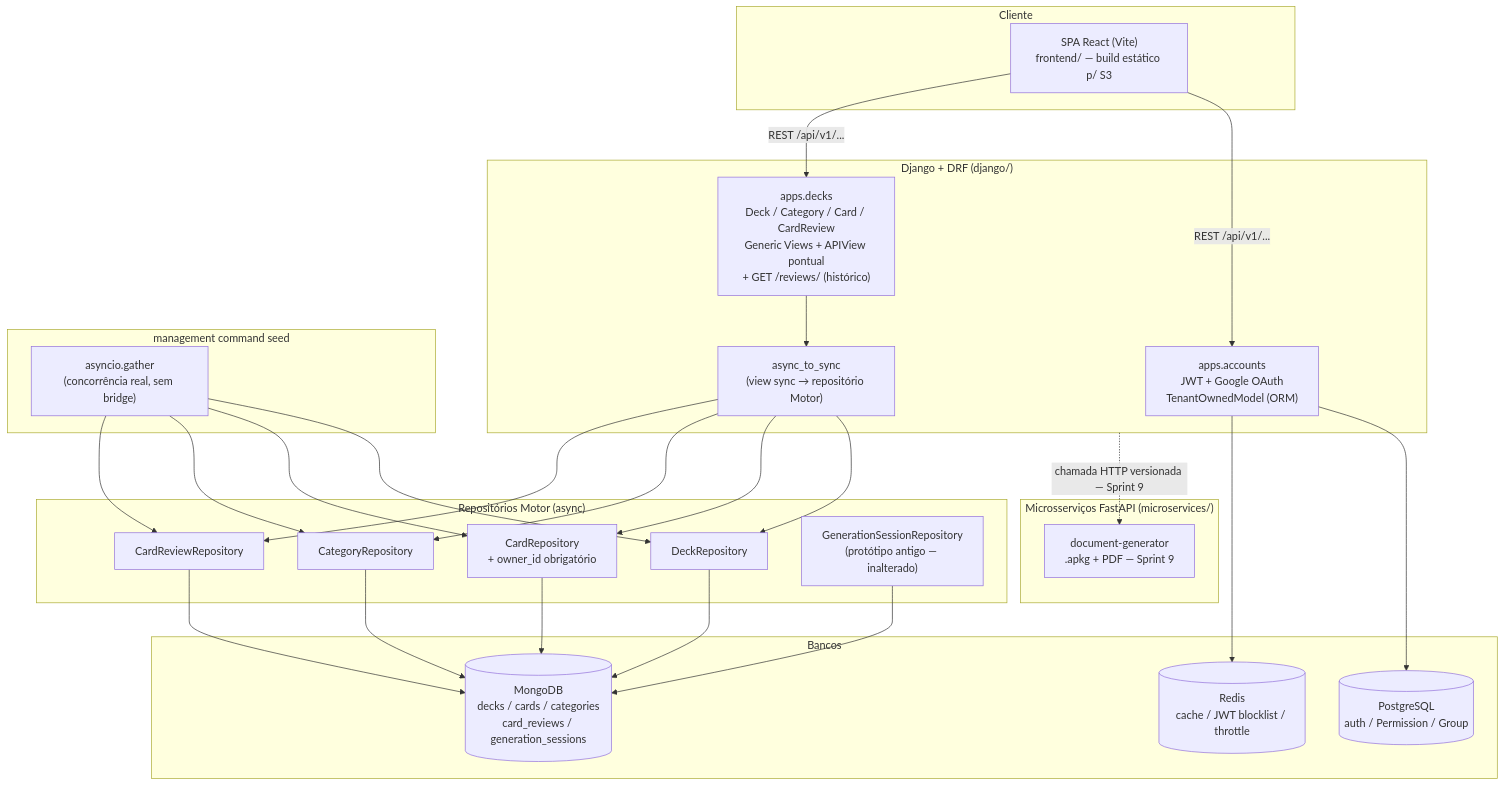
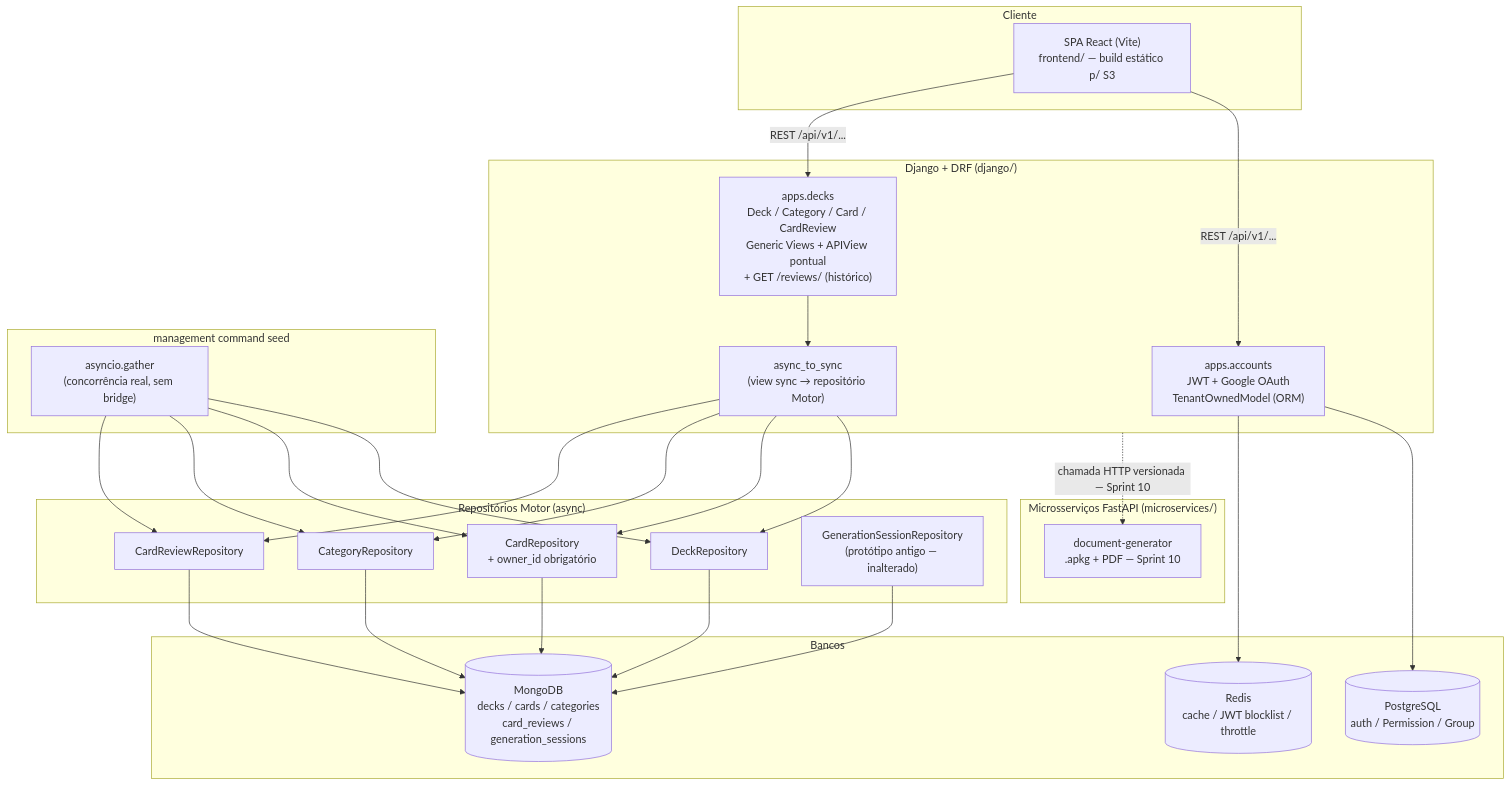
The diagram in README.md (WillamesCampos/anki_generator), drawn with Mermaid before and after one commit. The commit also changed other lines of this file and 19 other files, not shown here.

````diff
--- a/README.md
+++ b/README.md
@@ -22,44 +22,44 @@
 ```mermaid
 flowchart TB
     subgraph Client["Cliente"]
         SPA["SPA React (Vite)\nfrontend/ — build estático p/ S3"]
     end
 
     subgraph DjangoApp["Django + DRF (django/)"]
         Auth["apps.accounts\nJWT + Google OAuth\nTenantOwnedModel (ORM)"]
         Decks["apps.decks\nDeck / Category / Card / CardReview\nGeneric Views + APIView pontual\n+ GET /reviews/ (histórico)"]
         Bridge["async_to_sync\n(view sync → repositório Motor)"]
     end
 
     subgraph Repos["Repositórios Motor (async)"]
         DeckRepo["DeckRepository"]
         CardRepo["CardRepository\n+ owner_id obrigatório"]
         CategoryRepo["CategoryRepository"]
         ReviewRepo["CardReviewRepository"]
         GenRepo["GenerationSessionRepository\n(protótipo antigo — inalterado)"]
     end
 
     subgraph Seed["management command seed"]
         SeedCmd["asyncio.gather\n(concorrência real, sem bridge)"]
     end
 
     subgraph Data["Bancos"]
         PG[("PostgreSQL\nauth / Permission / Group")]
         Mongo[("MongoDB\ndecks / cards / categories\ncard_reviews / generation_sessions")]
         Redis[("Redis\ncache / JWT blocklist / throttle")]
     end
 
     subgraph Micro["Microsserviços FastAPI (microservices/)"]
-        DocGen["document-generator\n.apkg + PDF — Sprint 9"]
+        DocGen["document-generator\n.apkg + PDF — Sprint 10"]
     end
 
     SPA -->|"REST /api/v1/..."| Auth
     SPA -->|"REST /api/v1/..."| Decks
     Auth --> PG
     Auth --> Redis
     Decks --> Bridge
     Bridge --> DeckRepo & CardRepo & CategoryRepo & ReviewRepo
     DeckRepo & CardRepo & CategoryRepo & ReviewRepo & GenRepo --> Mongo
     SeedCmd --> DeckRepo & CardRepo & CategoryRepo & ReviewRepo
-    DjangoApp -.->|"chamada HTTP versionada — Sprint 9"| DocGen
+    DjangoApp -.->|"chamada HTTP versionada — Sprint 10"| DocGen
 ```
````
